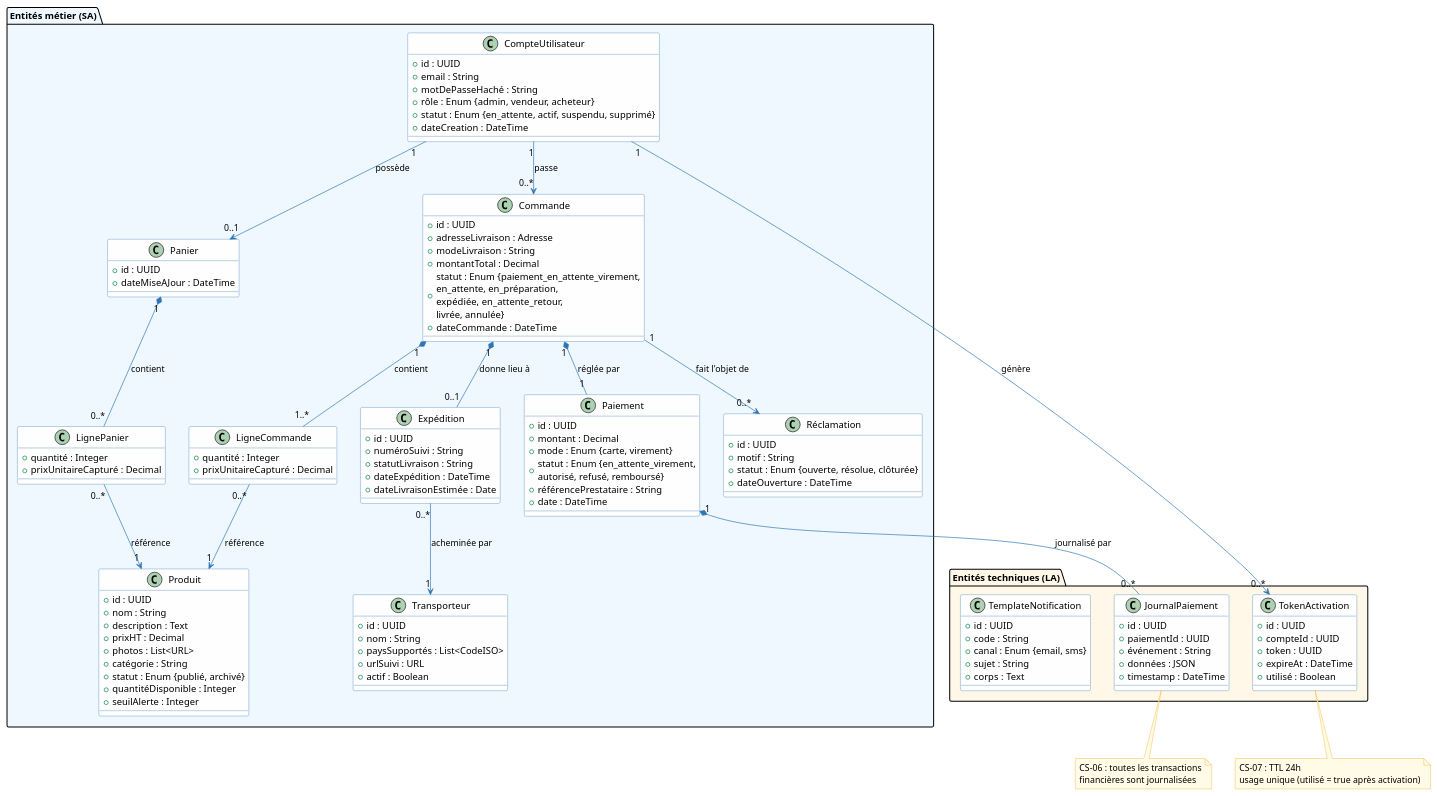
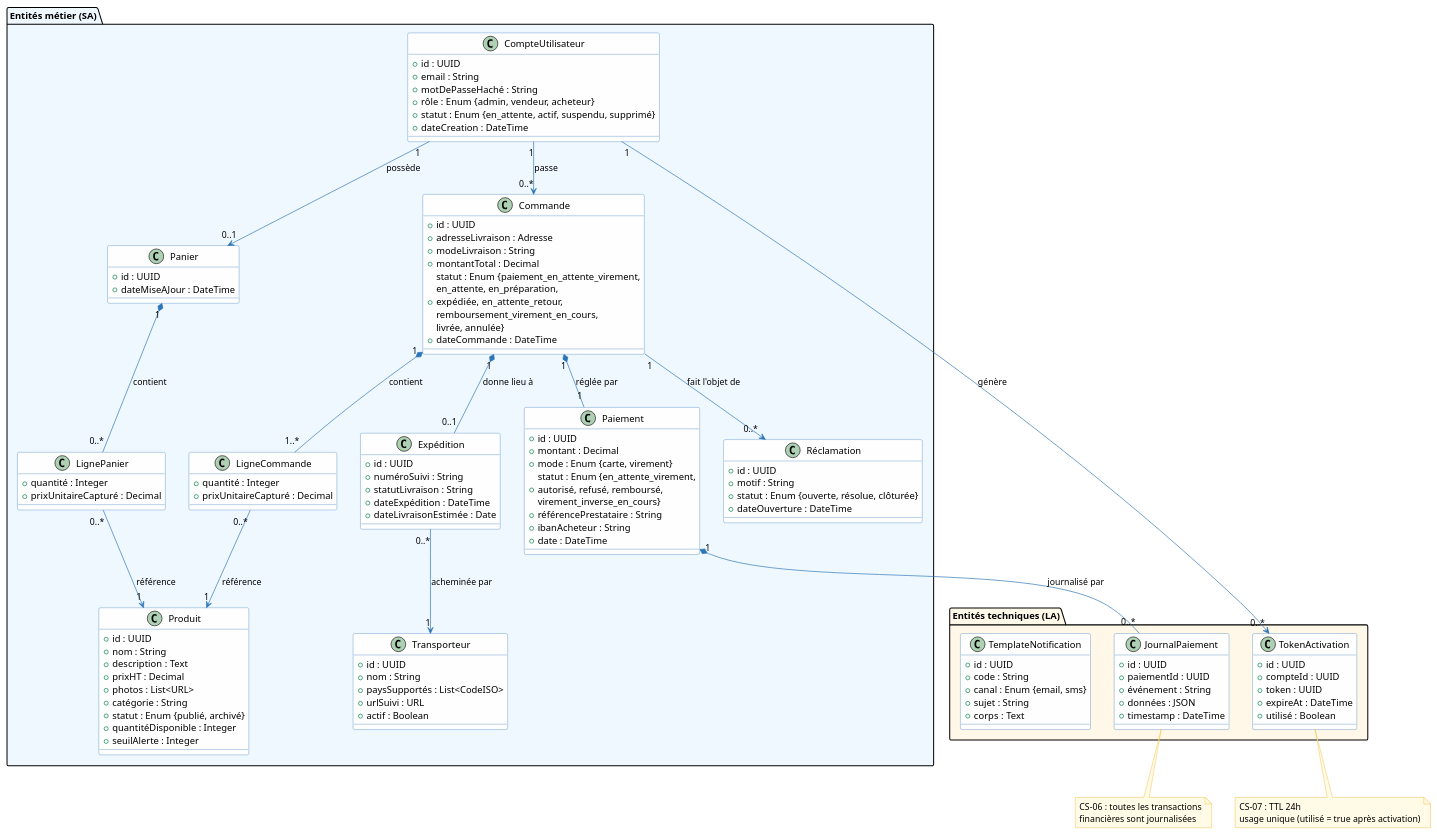
The seventh of 7 diagrams in architecture/03-logical-architecture/la.adoc (louistalvande/online_shop), drawn with PlantUML before and after one commit. The commit also changed other lines of this file and 9 other files, not shown here.

```diff
--- a/architecture/03-logical-architecture/la.adoc
+++ b/architecture/03-logical-architecture/la.adoc
@@ -614,7 +628,7 @@
     + adresseLivraison : Adresse
     + modeLivraison : String
     + montantTotal : Decimal
-    + statut : Enum {paiement_en_attente_virement,\nen_attente, en_préparation,\nexpédiée, en_attente_retour,\nlivrée, annulée}
+    + statut : Enum {paiement_en_attente_virement,\nen_attente, en_préparation,\nexpédiée, en_attente_retour,\nremboursement_virement_en_cours,\nlivrée, annulée}
     + dateCommande : DateTime
   }
 
@@ -627,8 +641,9 @@
     + id : UUID
     + montant : Decimal
     + mode : Enum {carte, virement}
-    + statut : Enum {en_attente_virement,\nautorisé, refusé, remboursé}
+    + statut : Enum {en_attente_virement,\nautorisé, refusé, remboursé,\nvirement_inverse_en_cours}
     + référencePrestataire : String
+    + ibanAcheteur : String
     + date : DateTime
   }
 
```
